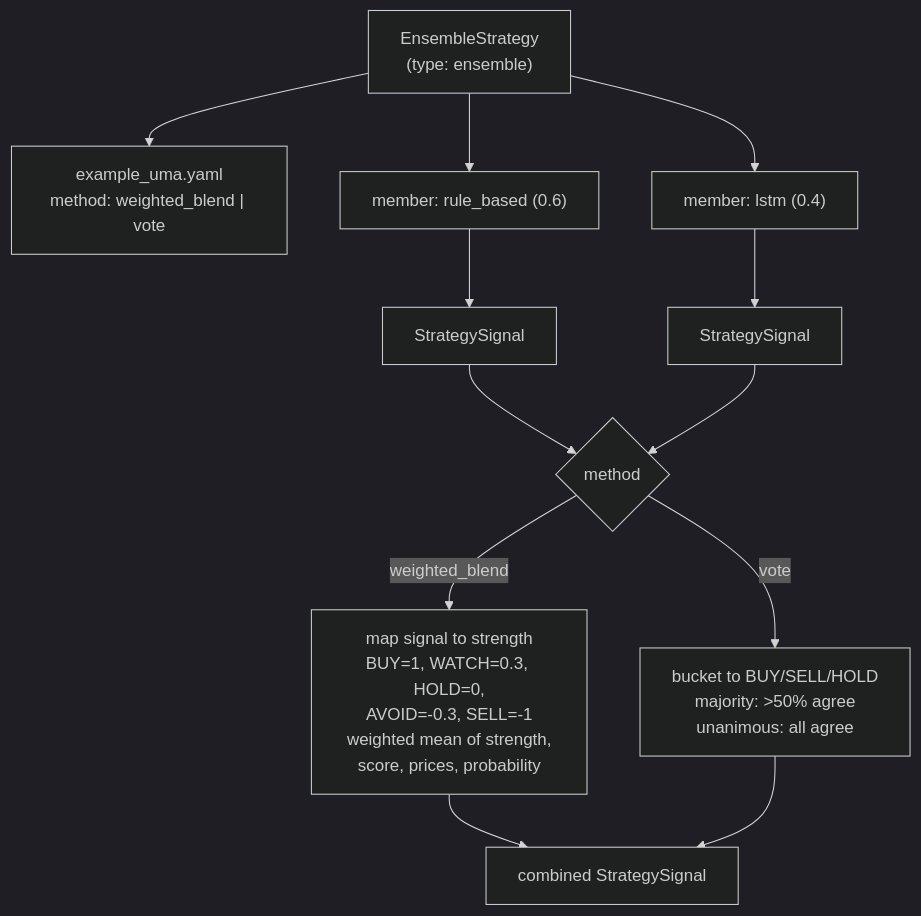
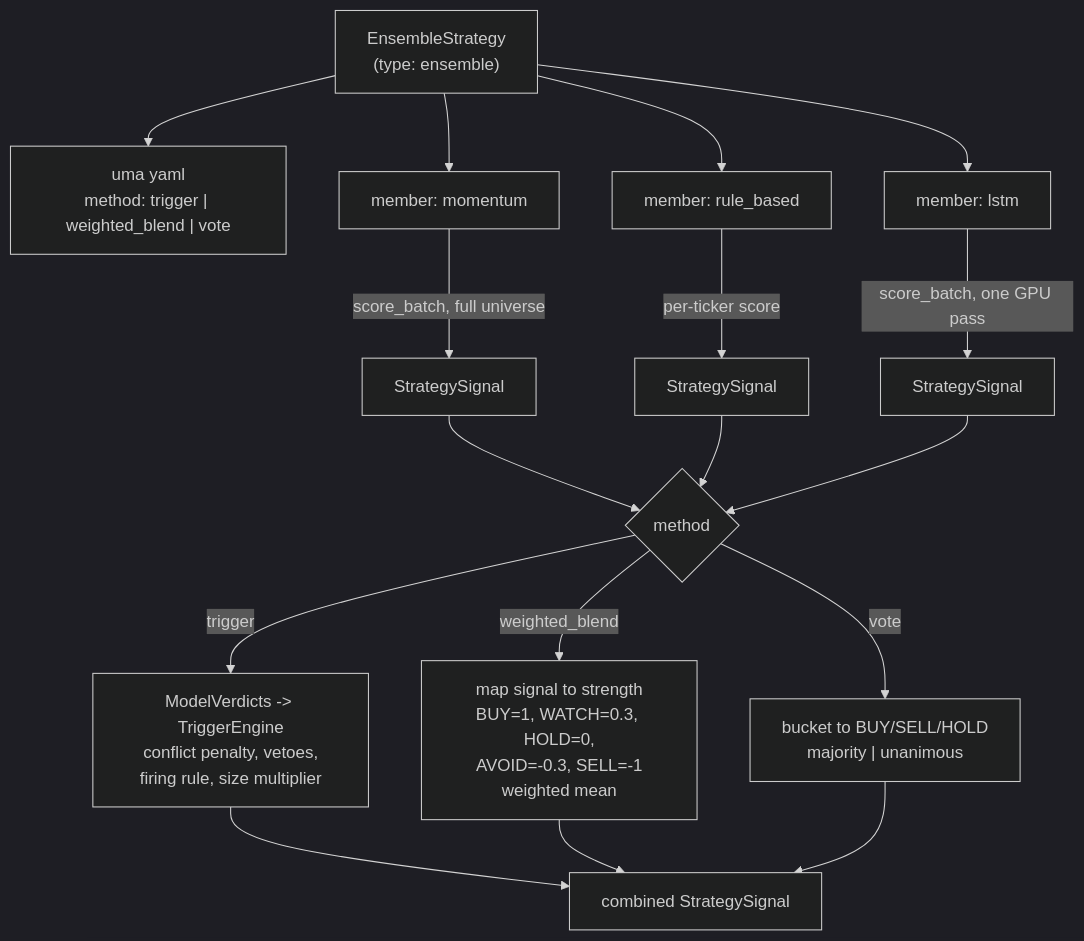
The sixth of 15 diagrams in docs/ARCHITECTURE.md (3dwag98/afa), drawn with Mermaid (dark theme) before and after one commit. The commit also changed other lines of this file and 2 other files, not shown here.

First line of the commit message:
Document the trigger engine, regime map and quantile forecasting

````diff
--- a/docs/ARCHITECTURE.md
+++ b/docs/ARCHITECTURE.md
@@ -224,18 +225,23 @@
 ```mermaid
 flowchart TD
-    UMA["EnsembleStrategy<br/>(type: ensemble)"] --> Y["example_uma.yaml<br/>method: weighted_blend | vote"]
-    UMA --> M1["member: rule_based (0.6)"]
-    UMA --> M2["member: lstm (0.4)"]
+    UMA["EnsembleStrategy<br/>(type: ensemble)"] --> Y["uma yaml<br/>method: trigger | weighted_blend | vote"]
+    UMA --> M1["member: momentum"]
+    UMA --> M2["member: rule_based"]
+    UMA --> M3["member: lstm"]
 
-    M1 --> S1["StrategySignal"]
-    M2 --> S2["StrategySignal"]
+    M1 -->|score_batch, full universe| S1["StrategySignal"]
+    M2 -->|per-ticker score| S2["StrategySignal"]
+    M3 -->|score_batch, one GPU pass| S3["StrategySignal"]
 
     S1 --> COMB{"method"}
     S2 --> COMB
+    S3 --> COMB
 
-    COMB -->|weighted_blend| WB["map signal to strength<br/>BUY=1, WATCH=0.3, HOLD=0,<br/>AVOID=-0.3, SELL=-1<br/>weighted mean of strength,<br/>score, prices, probability"]
-    COMB -->|vote| VT["bucket to BUY/SELL/HOLD<br/>majority: >50% agree<br/>unanimous: all agree"]
+    COMB -->|trigger| TR["ModelVerdicts -> TriggerEngine<br/>conflict penalty, vetoes,<br/>firing rule, size multiplier"]
+    COMB -->|weighted_blend| WB["map signal to strength<br/>BUY=1, WATCH=0.3, HOLD=0,<br/>AVOID=-0.3, SELL=-1<br/>weighted mean"]
+    COMB -->|vote| VT["bucket to BUY/SELL/HOLD<br/>majority | unanimous"]
 
-    WB --> OUT["combined StrategySignal"]
+    TR --> OUT["combined StrategySignal"]
+    WB --> OUT
     VT --> OUT
 ```
````
